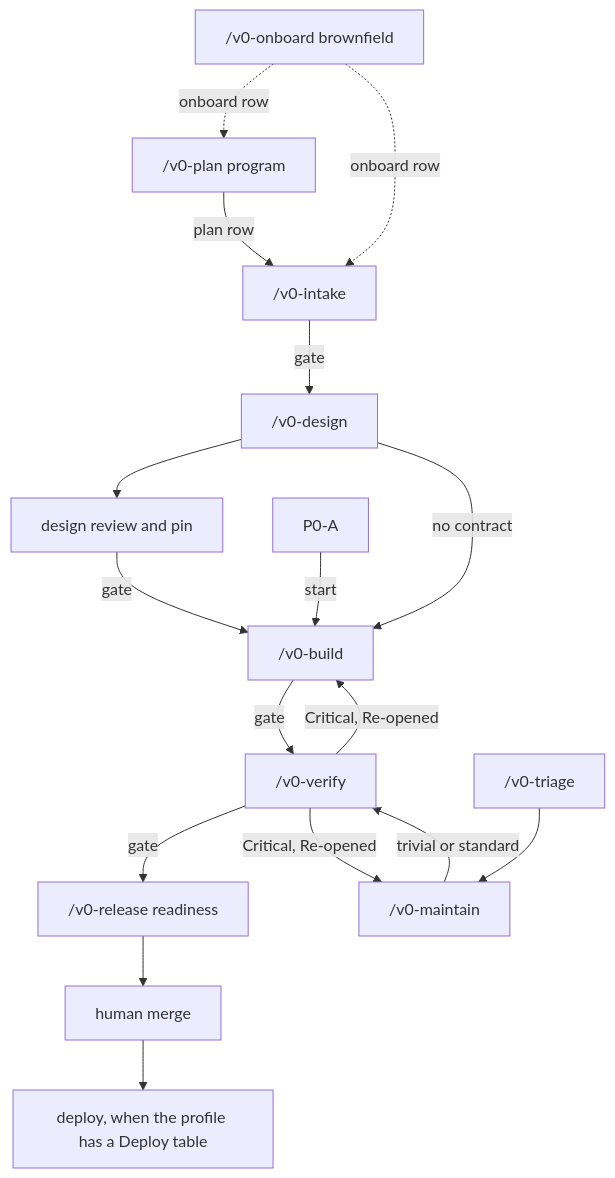
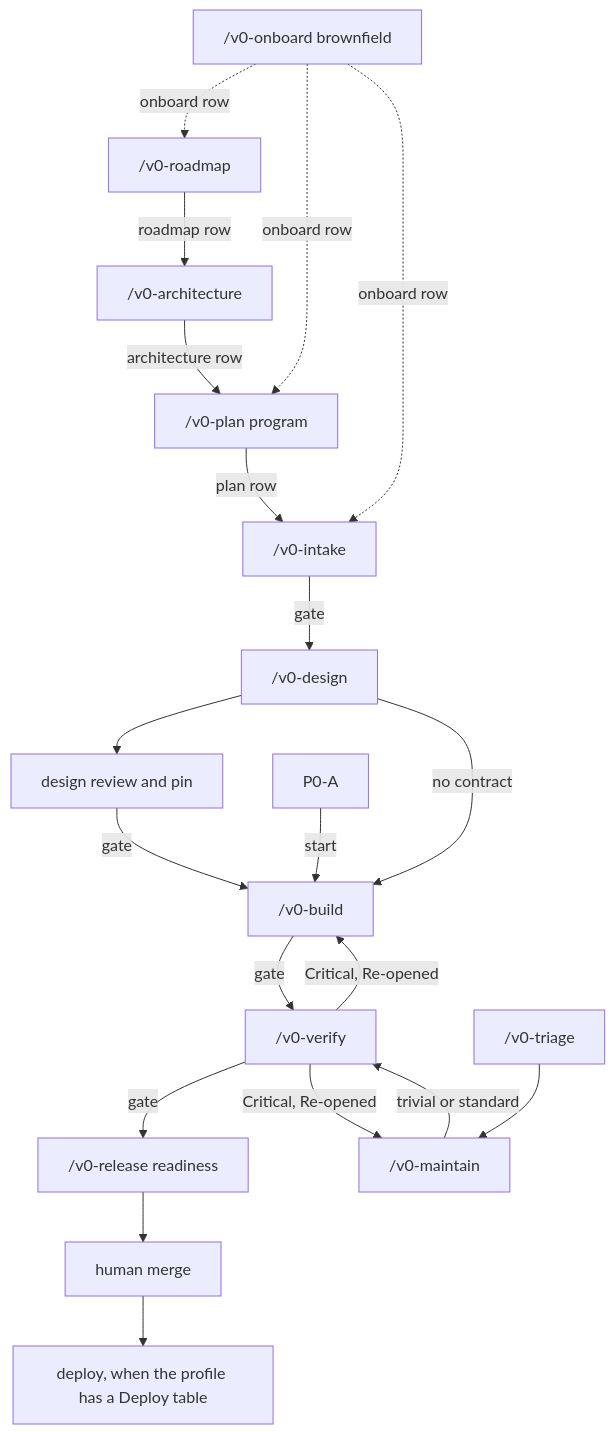
One commit to mdurana/agents-v0-kit changed the diagram in templates/docs/agents-v0/agents-v0-kit.md. Above: the diagram before and after it, drawn with Mermaid. The commit also changed other lines of this file and 58 other files, not shown here.

````diff
--- a/templates/docs/agents-v0/agents-v0-kit.md
+++ b/templates/docs/agents-v0/agents-v0-kit.md
@@ -9,33 +9,38 @@
 ```mermaid
 flowchart TD
   onboard["/v0-onboard brownfield"]
+  roadmap["/v0-roadmap"]
+  arch["/v0-architecture"]
   plan["/v0-plan program"]
   intake["/v0-intake"]
   design["/v0-design"]
   dreview["design review and pin"]
   build["/v0-build"]
   p0["P0-A"]
   verify["/v0-verify"]
   release["/v0-release readiness"]
   merge["human merge"]
   deploy["deploy, when the profile has a Deploy table"]
   triage["/v0-triage"]
   maintain["/v0-maintain"]
 
+  onboard -.->|onboard row| roadmap
   onboard -.->|onboard row| plan
   onboard -.->|onboard row| intake
+  roadmap -->|roadmap row| arch
+  arch -->|architecture row| plan
   plan -->|plan row| intake
   intake -->|gate| design
   design --> dreview
   dreview -->|gate| build
   design -->|no contract| build
   p0 -->|start| build
   build -->|gate| verify
   verify -->|Critical, Re-opened| build
   verify -->|gate| release
   release --> merge
   merge --> deploy
   triage --> maintain
   maintain -->|trivial or standard| verify
   verify -->|Critical, Re-opened| maintain
 ```
````
